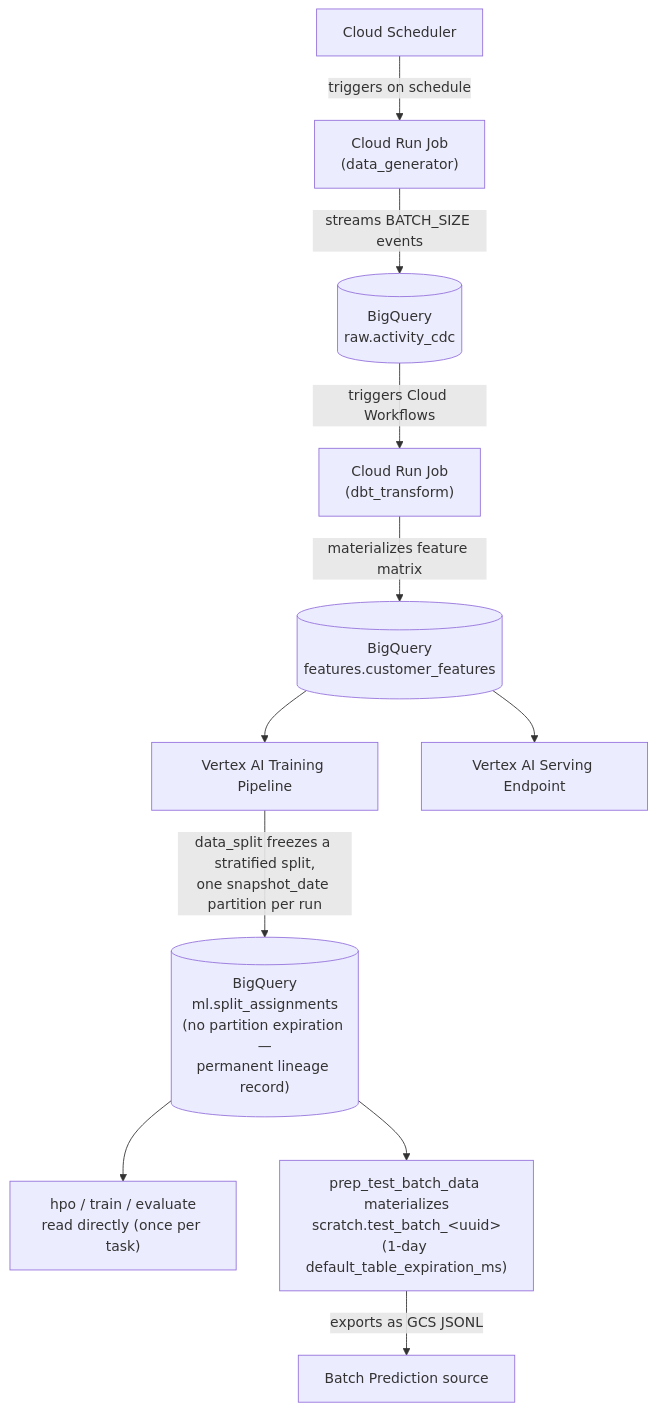
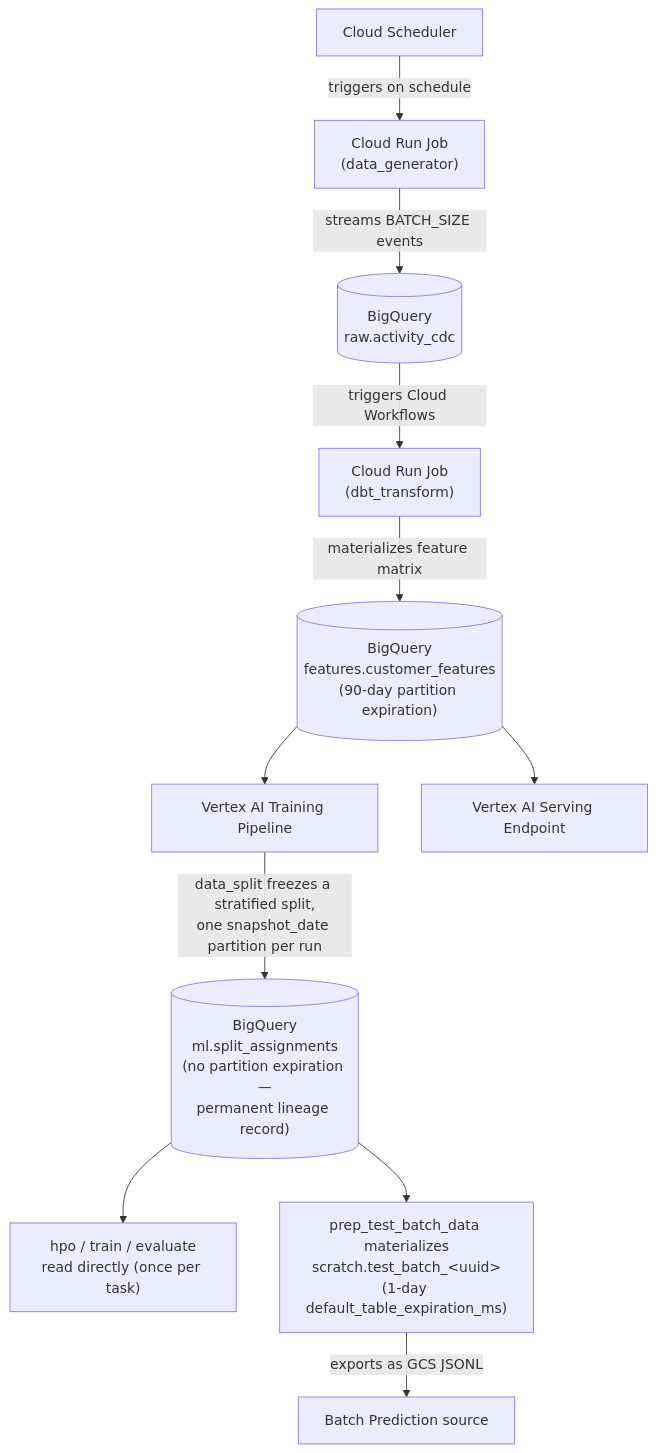
Before and after one commit to marcopellegrinoit/gcp-mlops-customer-churn: the second of 2 diagrams in docs/data-lifecycle.md, drawn with Mermaid. The commit also changed other lines of this file and 2 other files, not shown here.

Commit message:
Add 90-day partition expiration to features.customer_features
insert_overwrite appends a full customer snapshot into a new partition
on every dbt run with no cleanup, so the table grows unbounded. Safe
to expire old partitions since data_split freezes what each training
run actually used into ml.split_assignments (which never expires) and
drift-monitor only ever reads the latest snapshot.

````diff
--- a/docs/data-lifecycle.md
+++ b/docs/data-lifecycle.md
@@ -195,16 +197,16 @@
 ```mermaid
 flowchart TD
     SCHED[Cloud Scheduler] -->|triggers on schedule| DG["Cloud Run Job<br/>(data_generator)"]
     DG -->|streams BATCH_SIZE events| RAW[("BigQuery<br/>raw.activity_cdc")]
     RAW -->|triggers Cloud Workflows| DBT["Cloud Run Job<br/>(dbt_transform)"]
-    DBT -->|materializes feature matrix| FEAT[("BigQuery<br/>features.customer_features")]
+    DBT -->|materializes feature matrix| FEAT[("BigQuery<br/>features.customer_features<br/>(90-day partition expiration)")]
 
     FEAT --> TRAIN[Vertex AI Training Pipeline]
     FEAT --> SERVE[Vertex AI Serving Endpoint]
 
     TRAIN -->|"data_split freezes a stratified split,<br/>one snapshot_date partition per run"| SPLIT[("BigQuery<br/>ml.split_assignments<br/>(no partition expiration —<br/>permanent lineage record)")]
 
     SPLIT --> HPO["hpo / train / evaluate<br/>read directly (once per task)"]
     SPLIT --> SCRATCH["prep_test_batch_data materializes<br/>scratch.test_batch_&lt;uuid&gt;<br/>(1-day default_table_expiration_ms)"]
     SCRATCH -->|exports as GCS JSONL| BPSRC[Batch Prediction source]
 ```
````
